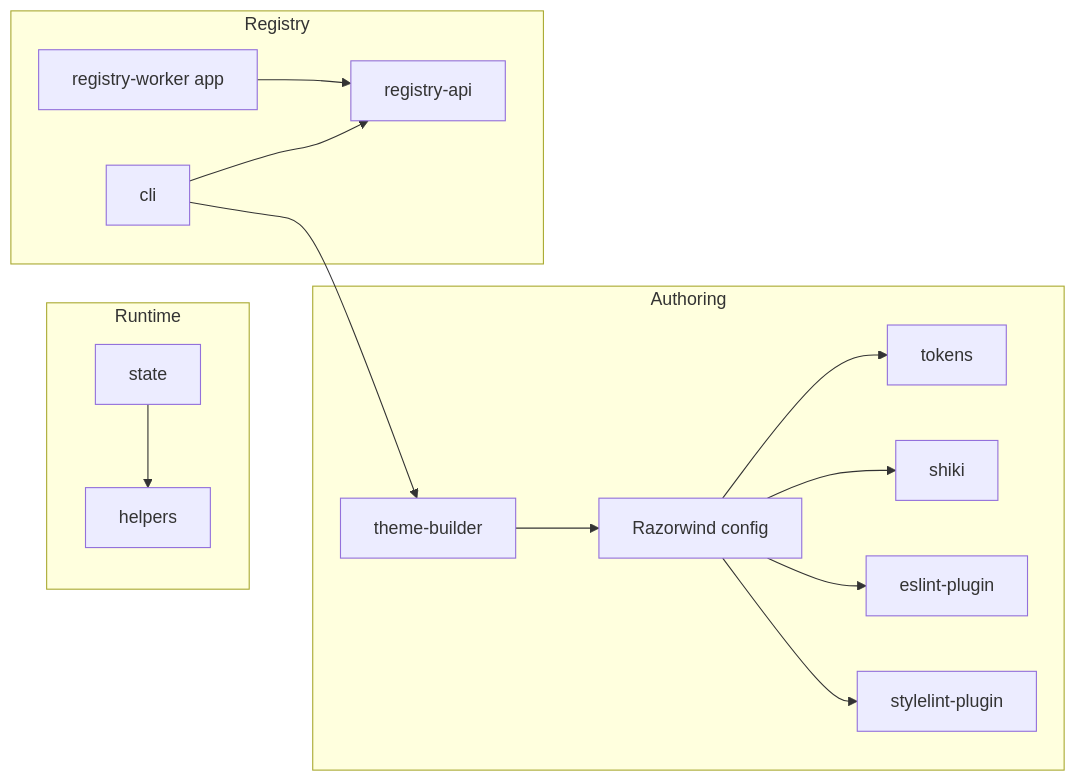
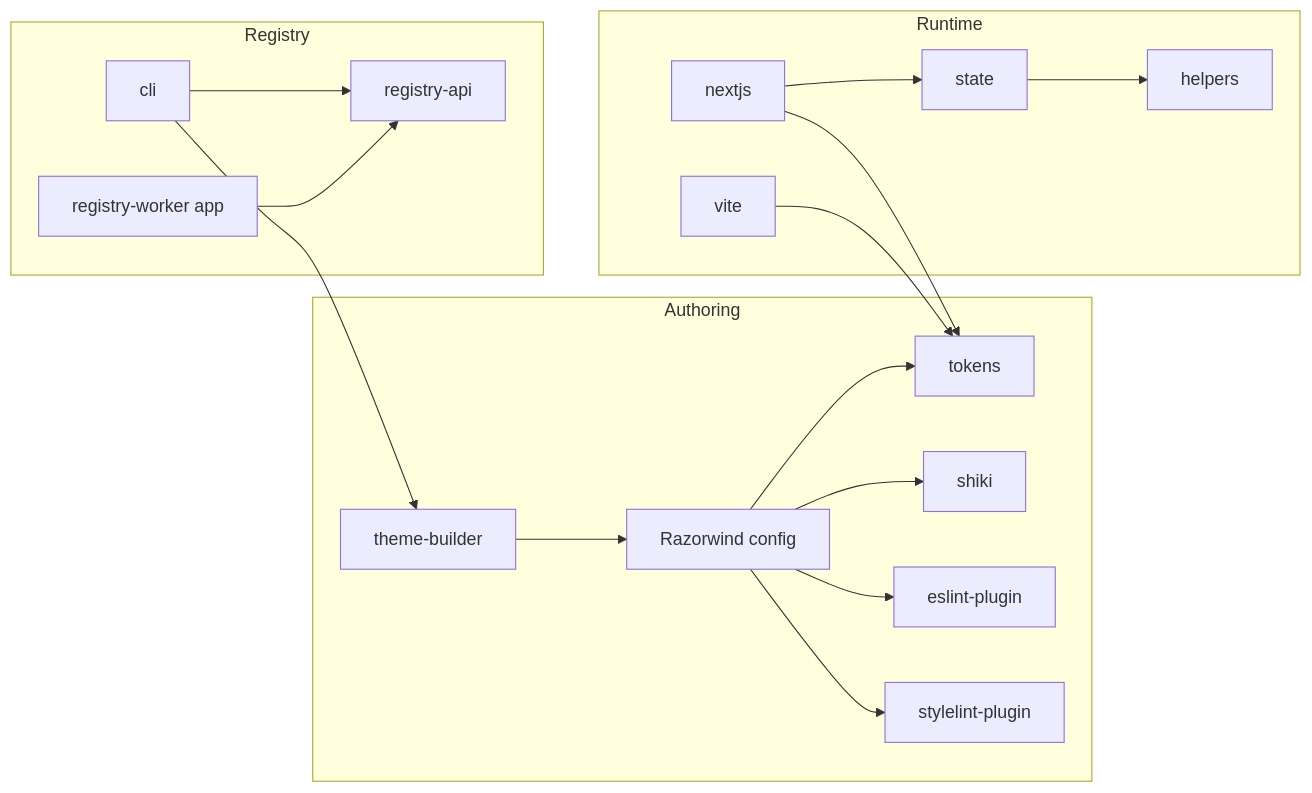
Before and after one commit to storm-software/cyclone-ui: the diagram in docs/packages/index.md, drawn with Mermaid. The commit also changed other lines of this file and 96 other files, not shown here.

Commit message:
feat(nextjs): Added NextJS and Vite build packages, setup skills, and documentation updates

````diff
--- a/docs/packages/index.md
+++ b/docs/packages/index.md
@@ -32,18 +34,21 @@
 ```mermaid
 flowchart LR
   subgraph Authoring
     TB[theme-builder] --> RW[Razorwind config]
     RW --> TOK[tokens]
     RW --> SH[shiki]
     RW --> ES[eslint-plugin]
     RW --> SL[stylelint-plugin]
   end
   subgraph Runtime
     ST[state] --> HE[helpers]
+    NX[nextjs] --> ST
+    NX --> TOK
+    VT[vite] --> TOK
   end
   subgraph Registry
     CLI[cli] --> RA[registry-api]
     CLI --> TB
     RWK[registry-worker app] --> RA
   end
 ```
````
